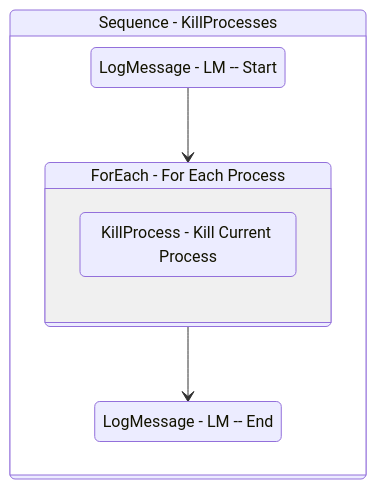
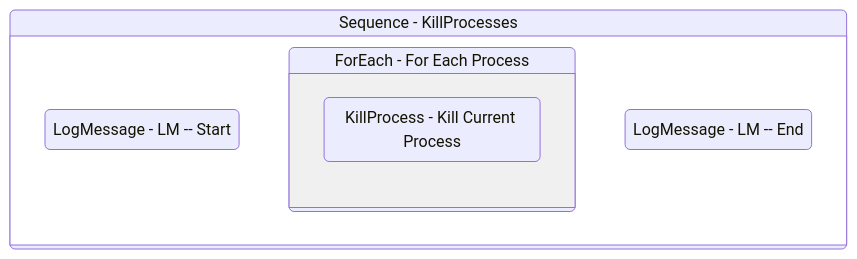
One commit to yashbrahmbhatt/LazyFramework changed the diagram in Documentation/.templates/Performers/Basic/Framework/KillProcesses.md. Above: the diagram before and after it, drawn with Mermaid. The commit also changed 72 other files, not shown here.

````diff
--- a/Documentation/.templates/Performers/Basic/Framework/KillProcesses.md
+++ b/Documentation/.templates/Performers/Basic/Framework/KillProcesses.md
@@ -113,18 +113,17 @@
 ```mermaid
 stateDiagram-v2
 
 
 Sequence_1: Sequence - KillProcesses
 state Sequence_1 {
 direction TB
 LogMessage_1 : LogMessage - LM -- Start
-LogMessage_1 --> ForEach1_1
+
 ForEach1_1: ForEach - For Each Process
 state ForEach1_1 {
 direction TB
 KillProcess_1 : KillProcess - Kill Current Process
 }
 LogMessage_2 : LogMessage - LM -- End
-ForEach1_1 --> LogMessage_2
 }
 ```
````
